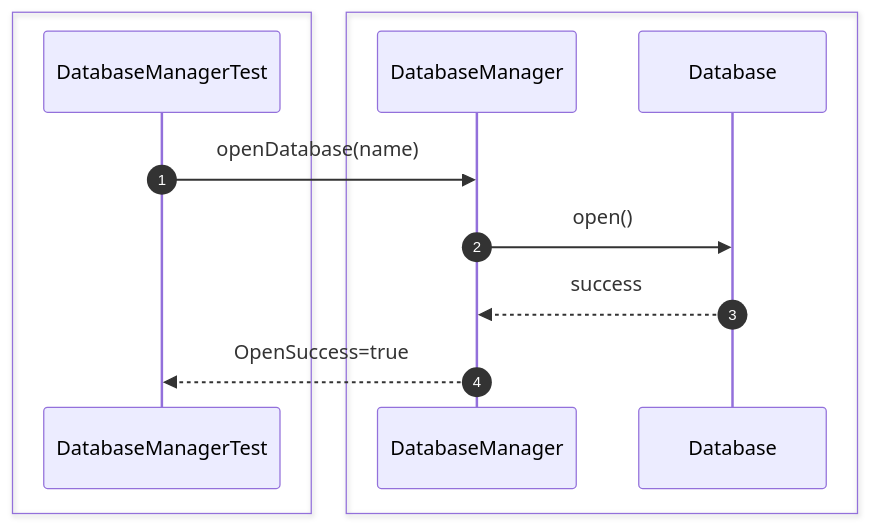
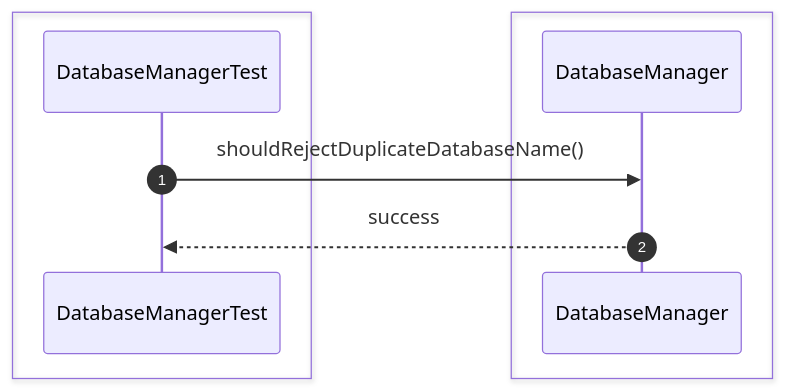
Diagram 14 of 44 in src/sequence/db-server.md (Huy1801214/dbms-architecture), drawn with Mermaid before and after one commit. The commit also changed other lines of this file and 68 other files, not shown here.

Commit message:
implement comprehensive unit test suite and architectural sequence documentation

````diff
--- a/src/sequence/db-server.md
+++ b/src/sequence/db-server.md
@@ -251,17 +203,13 @@
 ```mermaid
 sequenceDiagram
     autonumber
-
     box #e1f5fe Test Suite
     participant Test as DatabaseManagerTest
     end
-    box #e3f2fd Server Managers
-    participant Manager as DatabaseManager
-    participant Database as Database
+    box #e3f2fd DatabaseManager Component
+    participant DM as DatabaseManager
     end
 
-    Test->>Manager: openDatabase(name)
-    Manager->>Database: open()
-    Database-->>Manager: success
-    Manager-->>Test: OpenSuccess=true
+    Test->>DM: shouldRejectDuplicateDatabaseName()
+    DM-->>Test: success
 ```
````
